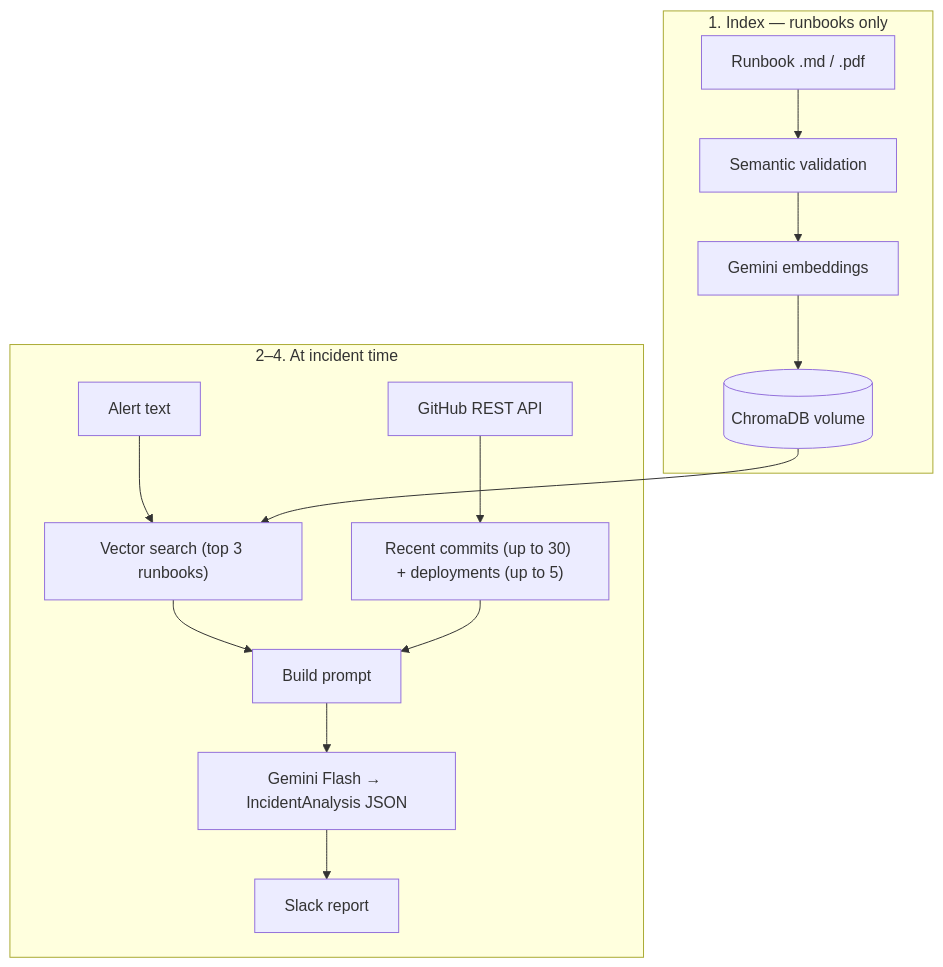
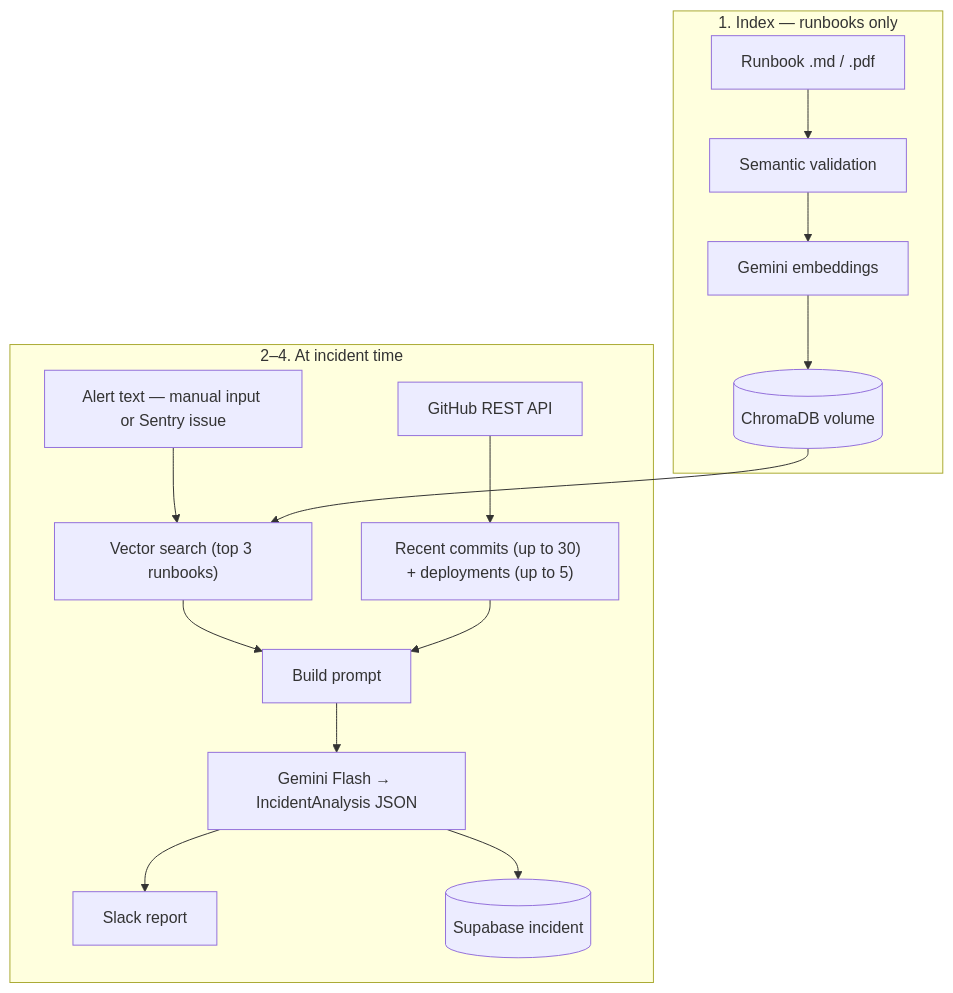
Before and after one commit to devmam999/SentinelAI: the first of 4 diagrams in README.md, drawn with Mermaid. The commit also changed other lines of this file and 9 other files, not shown here.

````diff
--- a/README.md
+++ b/README.md
@@ -78,20 +104,21 @@
 ```mermaid
 flowchart TB
   subgraph index [1. Index — runbooks only]
     RB[Runbook .md / .pdf] --> VAL[Semantic validation]
     VAL --> EMB[Gemini embeddings]
     EMB --> CHROMA[(ChromaDB volume)]
   end
 
   subgraph incident [2–4. At incident time]
-    ALERT[Alert text] --> VSEARCH["Vector search (top 3 runbooks)"]
+    ALERT[Alert text — manual input or Sentry issue] --> VSEARCH["Vector search (top 3 runbooks)"]
     CHROMA --> VSEARCH
 
     GH["GitHub REST API"] --> RECENT["Recent commits (up to 30) + deployments (up to 5)"]
 
     VSEARCH --> PROMPT[Build prompt]
     RECENT --> PROMPT
     PROMPT --> GEN["Gemini Flash → IncidentAnalysis JSON"]
     GEN --> SLACK[Slack report]
+    GEN --> SAVE[(Supabase incident)]
   end
 ```
````
